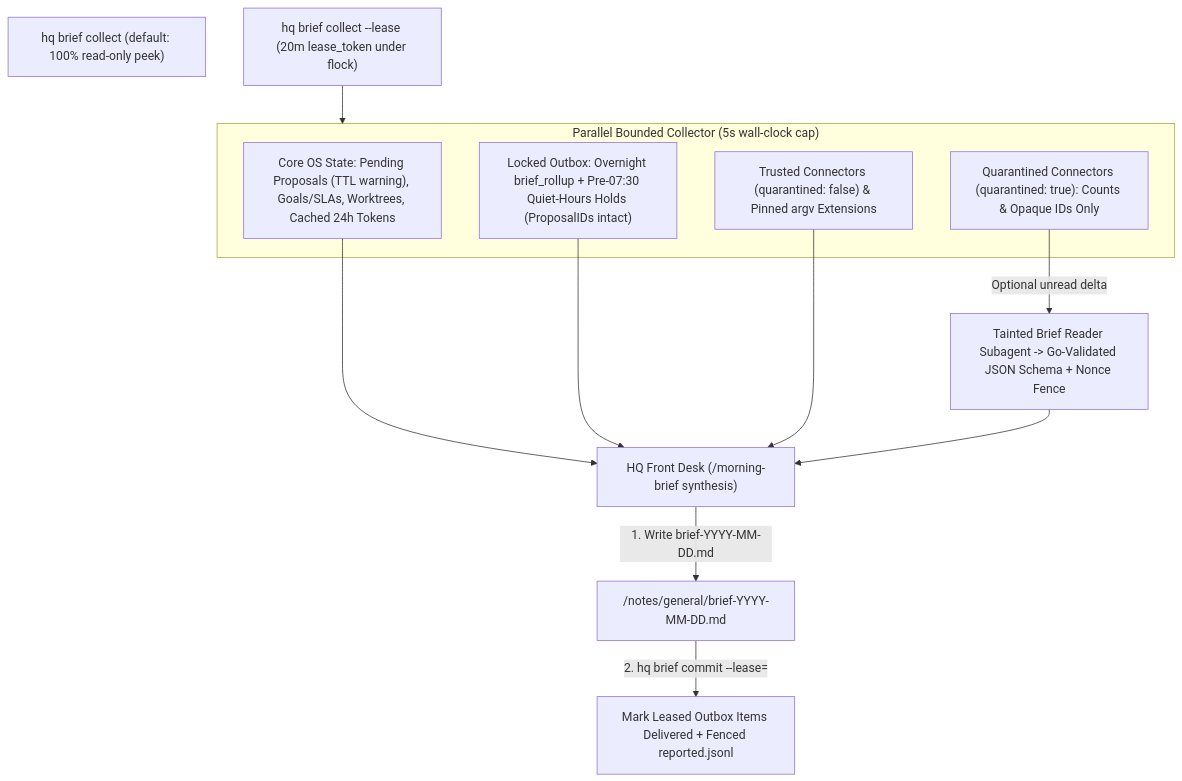
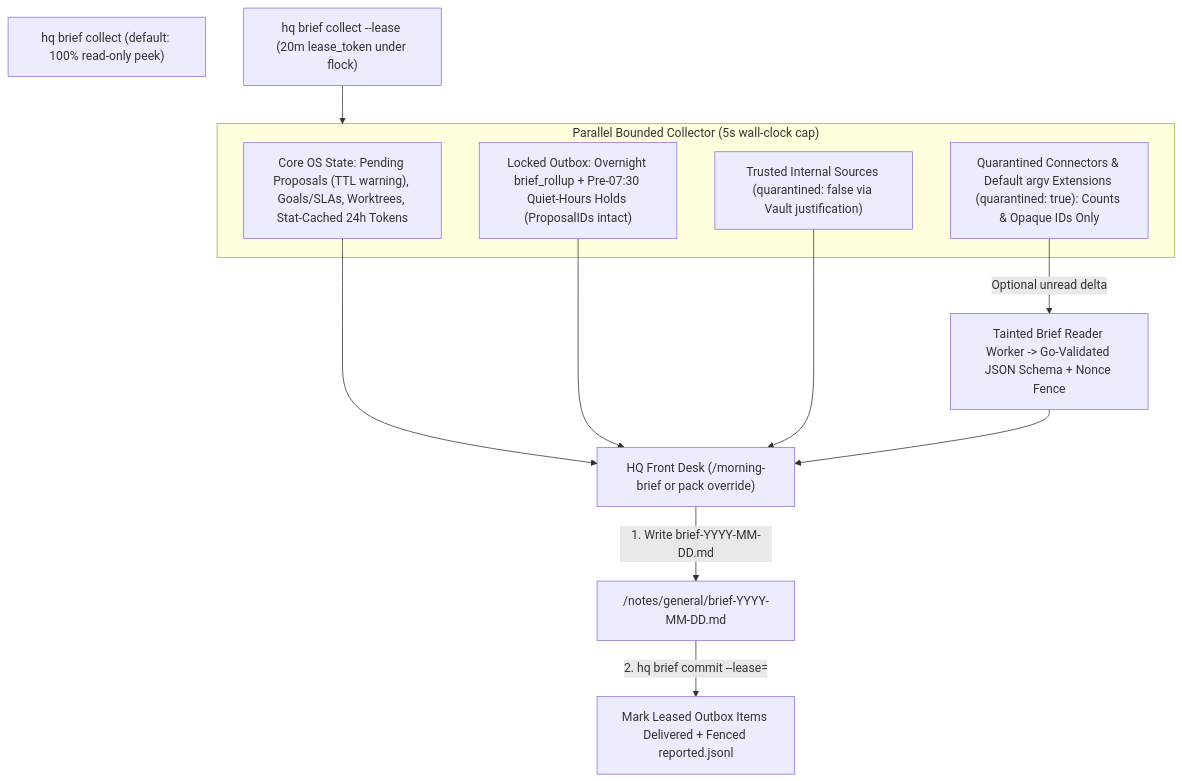
The diagram in docs/design/0017c-lease-based-morning-brief-and-extensions.md (zjshen14/agy-hq), drawn with Mermaid before and after one commit. The commit also changed other lines of this file and 5 other files, not shown here.

````diff
--- a/docs/design/0017c-lease-based-morning-brief-and-extensions.md
+++ b/docs/design/0017c-lease-based-morning-brief-and-extensions.md
@@ -23,18 +23,18 @@
 ```mermaid
 flowchart TD
     Peek["hq brief collect (default: 100% read-only peek)"]
     Lease["hq brief collect --lease (20m lease_token under flock)"]
 
     subgraph Sources["Parallel Bounded Collector (5s wall-clock cap)"]
-        OS["Core OS State: Pending Proposals (TTL warning), Goals/SLAs, Worktrees, Cached 24h Tokens"]
+        OS["Core OS State: Pending Proposals (TTL warning), Goals/SLAs, Worktrees, Stat-Cached 24h Tokens"]
         OB["Locked Outbox: Overnight brief_rollup + Pre-07:30 Quiet-Hours Holds (ProposalIDs intact)"]
-        TC["Trusted Connectors (quarantined: false) & Pinned argv Extensions"]
-        QC["Quarantined Connectors (quarantined: true): Counts & Opaque IDs Only"]
+        TC["Trusted Internal Sources (quarantined: false via Vault justification)"]
+        QC["Quarantined Connectors & Default argv Extensions (quarantined: true): Counts & Opaque IDs Only"]
     end
 
     Lease --> Sources
-    QC -->|"Optional unread delta"| QR["Tainted Brief Reader Subagent -> Go-Validated JSON Schema + Nonce Fence"]
-    OS & OB & TC & QR --> FD["HQ Front Desk (/morning-brief synthesis)"]
+    QC -->|"Optional unread delta"| QR["Tainted Brief Reader Worker -> Go-Validated JSON Schema + Nonce Fence"]
+    OS & OB & TC & QR --> FD["HQ Front Desk (/morning-brief or pack override)"]
     FD -->|"1. Write brief-YYYY-MM-DD.md"| Note["<vault>/notes/general/brief-YYYY-MM-DD.md"]
     Note -->|"2. hq brief commit --lease=<token>"| Commit["Mark Leased Outbox Items Delivered + Fenced reported.jsonl"]
 ```
````
